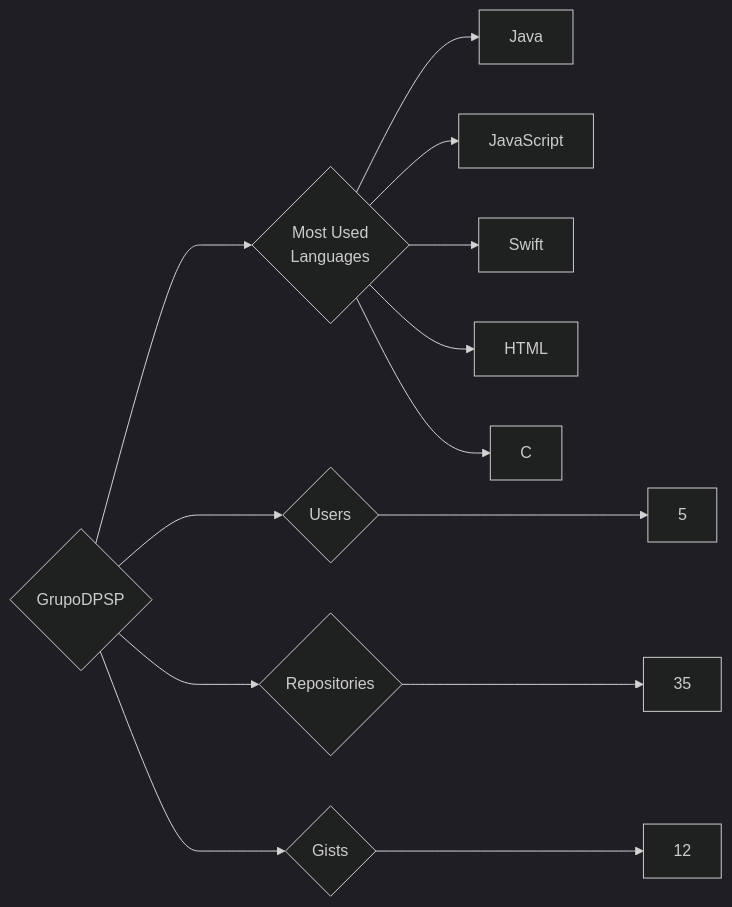
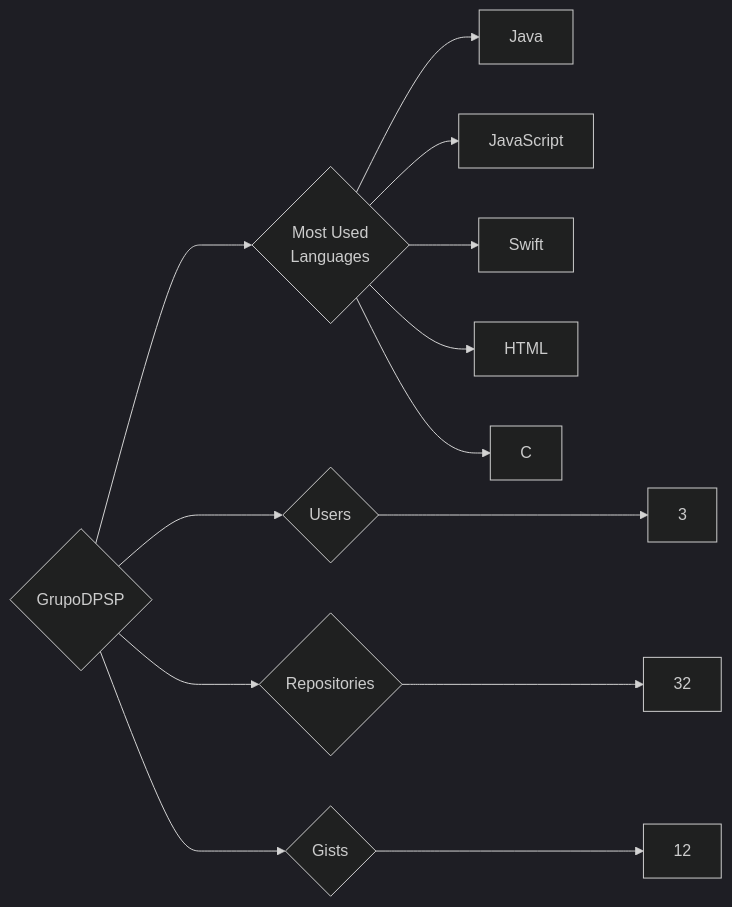
Before and after one commit to trickest/insiders: the diagram in targets/GrupoDPSP/README.md, drawn with Mermaid (dark theme). The commit also changed 988 other files, not shown here.

````diff
--- a/targets/GrupoDPSP/README.md
+++ b/targets/GrupoDPSP/README.md
@@ -3,13 +3,13 @@
 ```mermaid
 graph LR
 COMPANY_NAME{GrupoDPSP}
-COMPANY_NAME ---> U{Users} ---> UN[5]
-COMPANY_NAME ---> R{Repositories} ---> RN[35]
+COMPANY_NAME ---> U{Users} ---> UN[3]
+COMPANY_NAME ---> R{Repositories} ---> RN[32]
 COMPANY_NAME ---> G{Gists} ---> GN[12]
 COMPANY_NAME ---> ML{Most Used<br>Languages}
 ML --> Java[Java]
 ML --> JavaScript[JavaScript]
 ML --> Swift[Swift]
 ML --> HTML[HTML]
 ML --> C[C]
 ```
````
